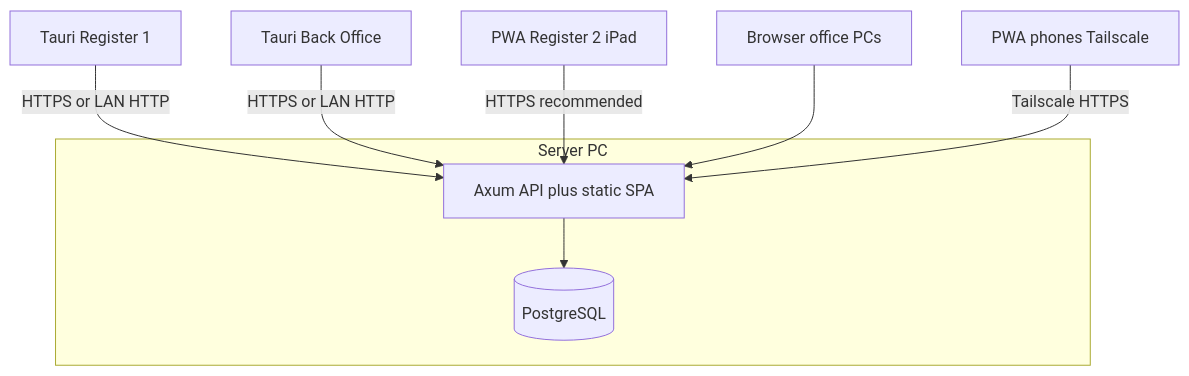
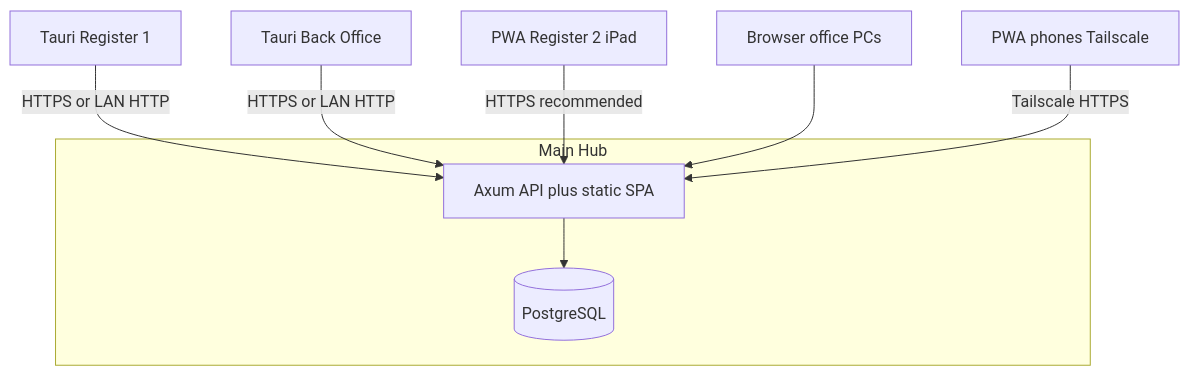
Before and after one commit to cpg716/riverside-os: the diagram in docs/STORE_DEPLOYMENT_GUIDE.md, drawn with Mermaid. The commit also changed other lines of this file and 24 other files, not shown here.

````diff
--- a/docs/STORE_DEPLOYMENT_GUIDE.md
+++ b/docs/STORE_DEPLOYMENT_GUIDE.md
@@ -29,18 +29,18 @@
 ```mermaid
 flowchart TB
-  subgraph serverHost [Server PC]
+  subgraph serverHost [Main Hub]
     Axum[Axum API plus static SPA]
     PG[(PostgreSQL)]
     Axum --> PG
   end
   Reg1[Tauri Register 1]
   BO[Tauri Back Office]
   iPad[PWA Register 2 iPad]
   PCs[Browser office PCs]
   Phones[PWA phones Tailscale]
   Reg1 -->|HTTPS or LAN HTTP| Axum
   BO -->|HTTPS or LAN HTTP| Axum
   iPad -->|HTTPS recommended| Axum
   PCs --> Axum
   Phones -->|Tailscale HTTPS| Axum
 ```
````
